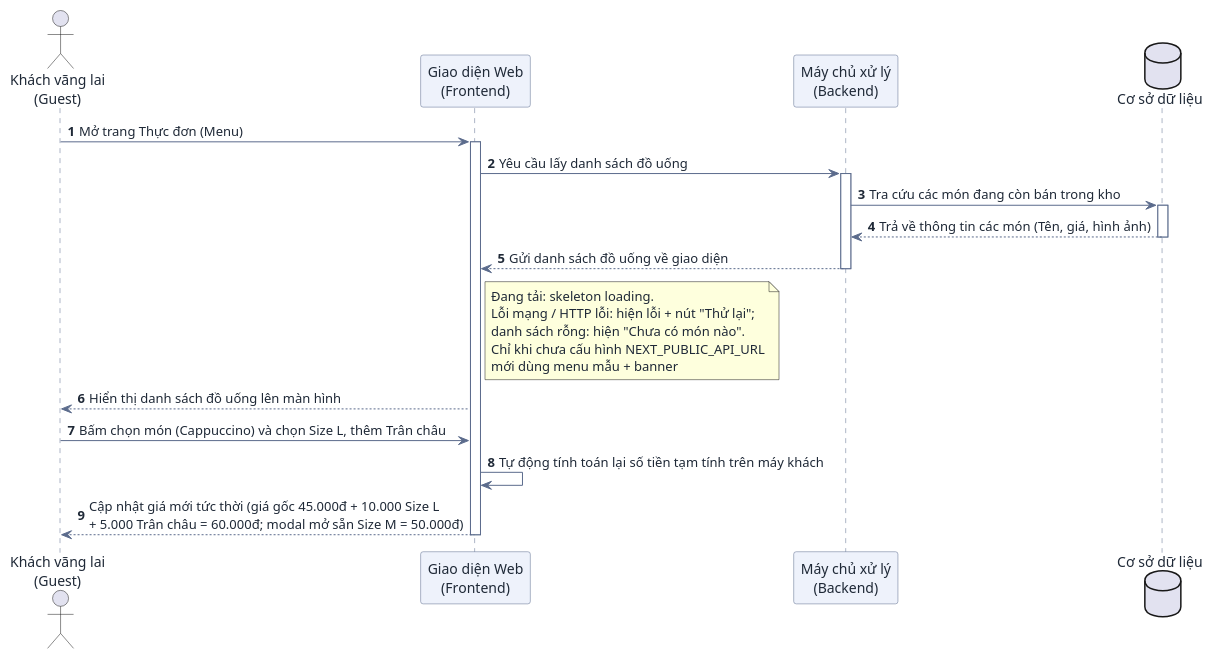
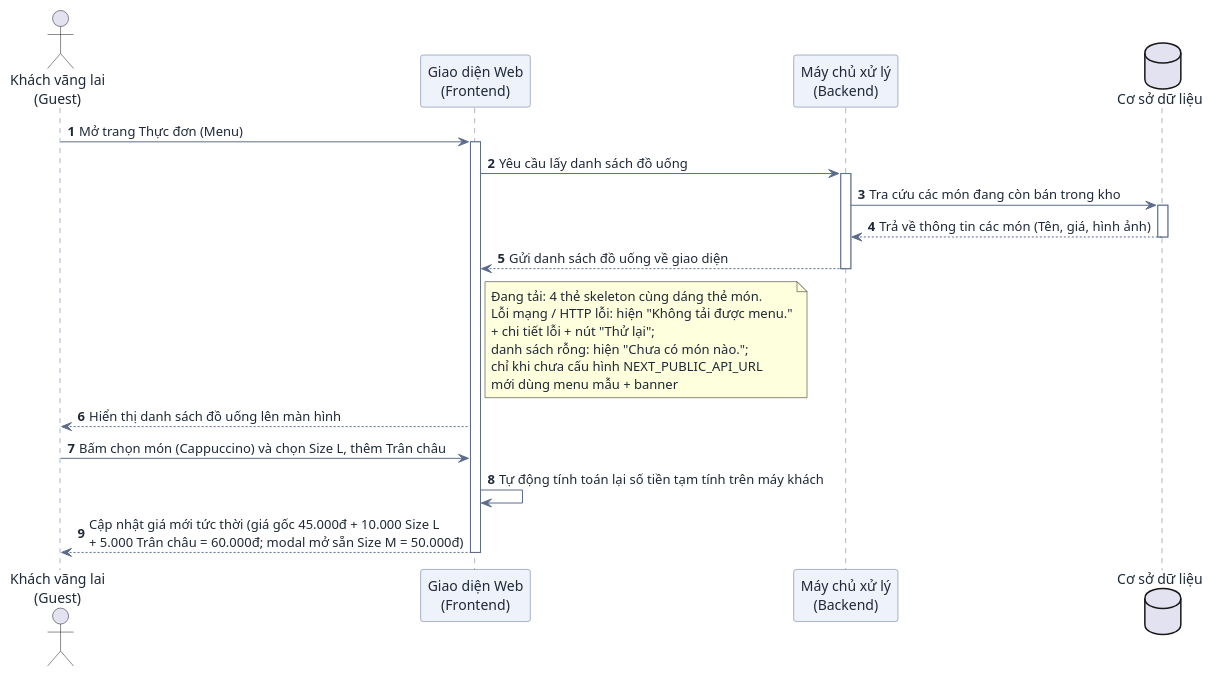
One commit to DuVinhLoi/BrewLite changed the first of 9 diagrams in docs/user-sequence-specifications.md. Above: the diagram before and after it, drawn with PlantUML. The commit also changed other lines of this file and 62 other files, not shown here.

````diff
--- a/docs/user-sequence-specifications.md
+++ b/docs/user-sequence-specifications.md
@@ -102,36 +102,36 @@
 ```plantuml
 @startuml
 skinparam DefaultFontColor #1f2937
 skinparam ArrowColor #5b6b8c
 skinparam SequenceParticipantBackgroundColor #eef2fb
 skinparam SequenceParticipantBorderColor #5b6b8c
 skinparam SequenceLifeLineBorderColor #5b6b8c
 
 autonumber
 actor "Khách vãng lai\n(Guest)" as User
 participant "Giao diện Web\n(Frontend)" as FE
 participant "Máy chủ xử lý\n(Backend)" as BE
 database "Cơ sở dữ liệu" as DB
 
 User -> FE : Mở trang Thực đơn (Menu)
 activate FE
 
 FE -> BE : Yêu cầu lấy danh sách đồ uống
 activate BE
 
 BE -> DB : Tra cứu các món đang còn bán trong kho
 activate DB
 DB --> BE : Trả về thông tin các món (Tên, giá, hình ảnh)
 deactivate DB
 
 BE --> FE : Gửi danh sách đồ uống về giao diện
-note right of FE : Đang tải: skeleton loading.\nLỗi mạng / HTTP lỗi: hiện lỗi + nút "Thử lại";\ndanh sách rỗng: hiện "Chưa có món nào".\nChỉ khi chưa cấu hình NEXT_PUBLIC_API_URL\nmới dùng menu mẫu + banner
+note right of FE : Đang tải: 4 thẻ skeleton cùng dáng thẻ món.\nLỗi mạng / HTTP lỗi: hiện "Không tải được menu."\n+ chi tiết lỗi + nút "Thử lại";\ndanh sách rỗng: hiện "Chưa có món nào.";\nchỉ khi chưa cấu hình NEXT_PUBLIC_API_URL\nmới dùng menu mẫu + banner
 deactivate BE
 
 FE --> User : Hiển thị danh sách đồ uống lên màn hình
 User -> FE : Bấm chọn món (Cappuccino) và chọn Size L, thêm Trân châu
 FE -> FE : Tự động tính toán lại số tiền tạm tính trên máy khách
 FE --> User : Cập nhật giá mới tức thời (giá gốc 45.000đ + 10.000 Size L\n+ 5.000 Trân châu = 60.000đ; modal mở sẵn Size M = 50.000đ)
 deactivate FE
 @enduml
 ```
````
